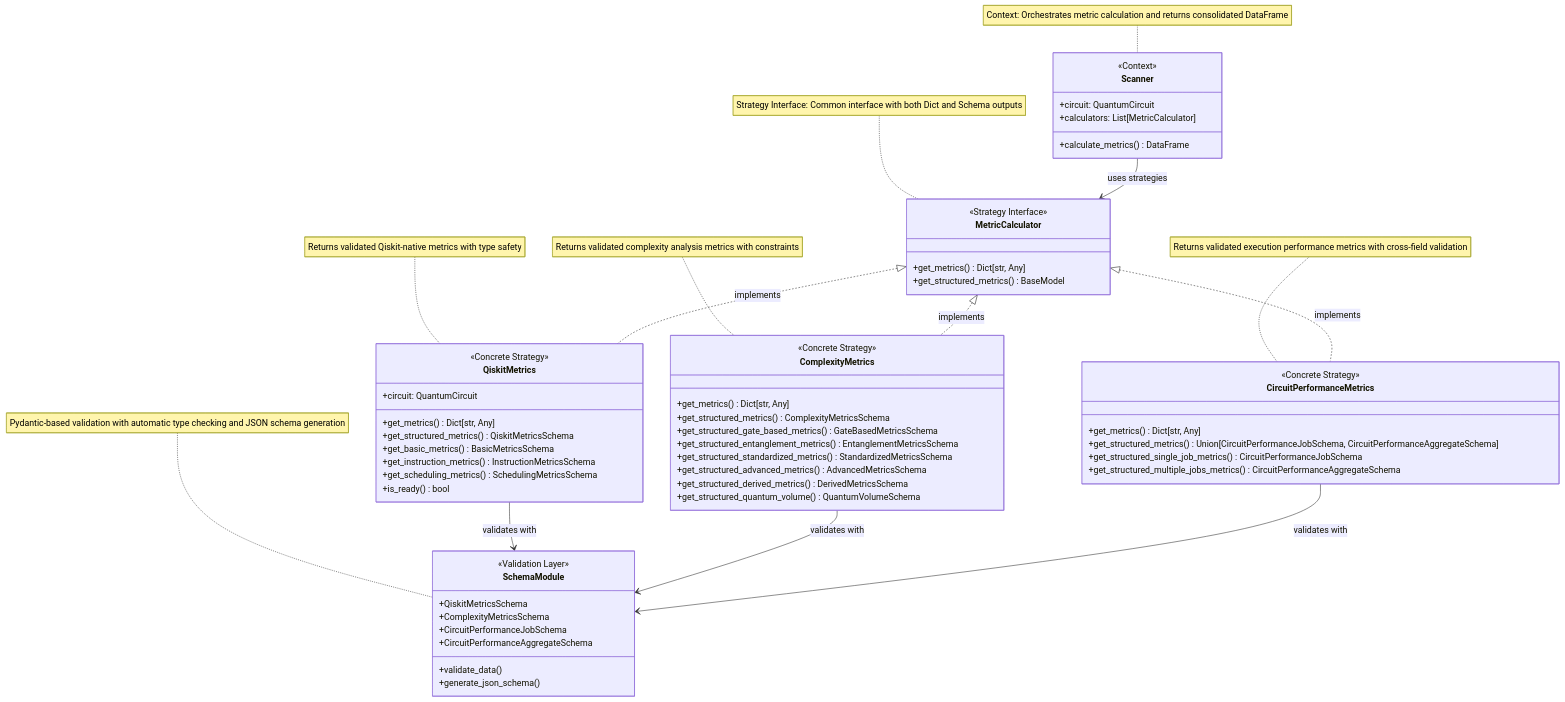
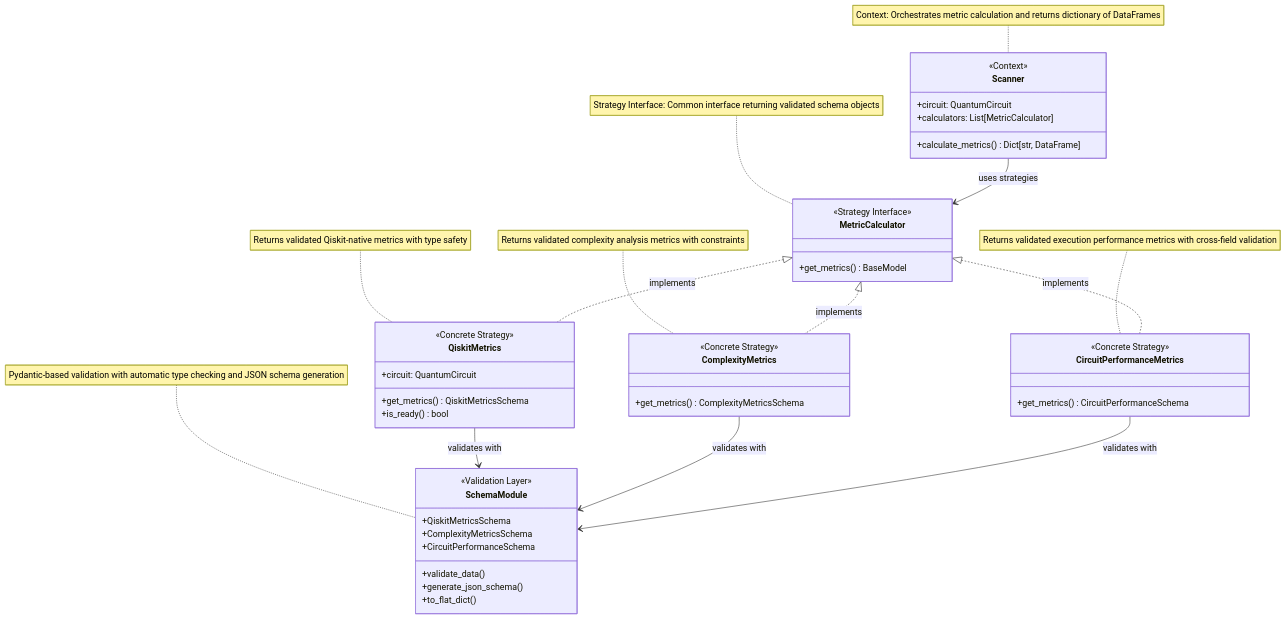
Before and after one commit to xthecapx/qiskit-qward: the first of 4 diagrams in docs/architecture.md, drawn with Mermaid. The commit also changed other lines of this file and 9 other files, not shown here.

First line of the commit message:
Refactor metrics API for unified schema-based architecture

````diff
--- a/docs/architecture.md
+++ b/docs/architecture.md
@@ -13,79 +13,64 @@
 ```{mermaid}
 classDiagram
     %% Simplified Strategy Pattern for QWARD with Schema Validation
     
     class Scanner {
         <<Context>>
         +circuit: QuantumCircuit
         +calculators: List[MetricCalculator]
-        +calculate_metrics() DataFrame
+        +calculate_metrics() Dict[str, DataFrame]
     }
 
     class MetricCalculator {
         <<Strategy Interface>>
-        +get_metrics() Dict[str, Any]
-        +get_structured_metrics() BaseModel
+        +get_metrics() BaseModel
     }
 
     class QiskitMetrics {
         <<Concrete Strategy>>
         +circuit: QuantumCircuit
-        +get_metrics() Dict[str, Any]
-        +get_structured_metrics() QiskitMetricsSchema
-        +get_basic_metrics() BasicMetricsSchema
-        +get_instruction_metrics() InstructionMetricsSchema
-        +get_scheduling_metrics() SchedulingMetricsSchema
+        +get_metrics() QiskitMetricsSchema
         +is_ready() bool
     }
 
     class ComplexityMetrics {
         <<Concrete Strategy>>
-        +get_metrics() Dict[str, Any]
-        +get_structured_metrics() ComplexityMetricsSchema
-        +get_structured_gate_based_metrics() GateBasedMetricsSchema
-        +get_structured_entanglement_metrics() EntanglementMetricsSchema
-        +get_structured_standardized_metrics() StandardizedMetricsSchema
-        +get_structured_advanced_metrics() AdvancedMetricsSchema
-        +get_structured_derived_metrics() DerivedMetricsSchema
-        +get_structured_quantum_volume() QuantumVolumeSchema
+        +get_metrics() ComplexityMetricsSchema
     }
 
     class CircuitPerformanceMetrics {
         <<Concrete Strategy>>
-        +get_metrics() Dict[str, Any]
-        +get_structured_metrics() Union[CircuitPerformanceJobSchema, CircuitPerformanceAggregateSchema]
-        +get_structured_single_job_metrics() CircuitPerformanceJobSchema
-        +get_structured_multiple_jobs_metrics() CircuitPerformanceAggregateSchema
+        +get_metrics() CircuitPerformanceSchema
     }
 
     class SchemaModule {
         <<Validation Layer>>
         +QiskitMetricsSchema
         +ComplexityMetricsSchema
-        +CircuitPerformanceJobSchema
-        +CircuitPerformanceAggregateSchema
+        +CircuitPerformanceSchema
         +validate_data()
         +generate_json_schema()
+        +to_flat_dict()
     }
 
     %% Strategy Pattern Relationships
     Scanner --> MetricCalculator : uses strategies
     
     %% Strategy Interface Implementation
     MetricCalculator <|.. QiskitMetrics : implements
     MetricCalculator <|.. ComplexityMetrics : implements
     MetricCalculator <|.. CircuitPerformanceMetrics : implements
     
     %% Schema Integration
     QiskitMetrics --> SchemaModule : validates with
     ComplexityMetrics --> SchemaModule : validates with
     CircuitPerformanceMetrics --> SchemaModule : validates with
 
     %% Pattern Notes
-    note for Scanner "Context: Orchestrates metric calculation and returns consolidated DataFrame"
-    note for MetricCalculator "Strategy Interface: Common interface with both Dict and Schema outputs"
+    note for Scanner "Context: Orchestrates metric calculation and returns dictionary of DataFrames"
+    note for MetricCalculator "Strategy Interface: Common interface returning validated schema objects"
     note for QiskitMetrics "Returns validated Qiskit-native metrics with type safety"
     note for ComplexityMetrics "Returns validated complexity analysis metrics with constraints"
     note for CircuitPerformanceMetrics "Returns validated execution performance metrics with cross-field validation"
     note for SchemaModule "Pydantic-based validation with automatic type checking and JSON schema generation"
 ```
````
